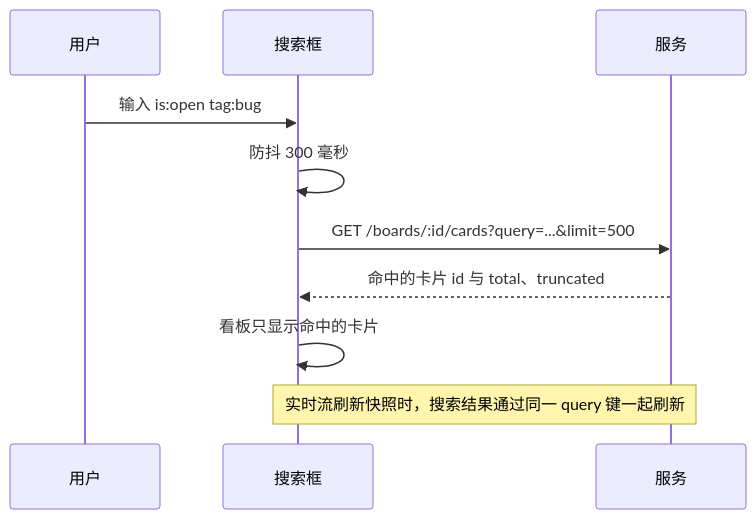
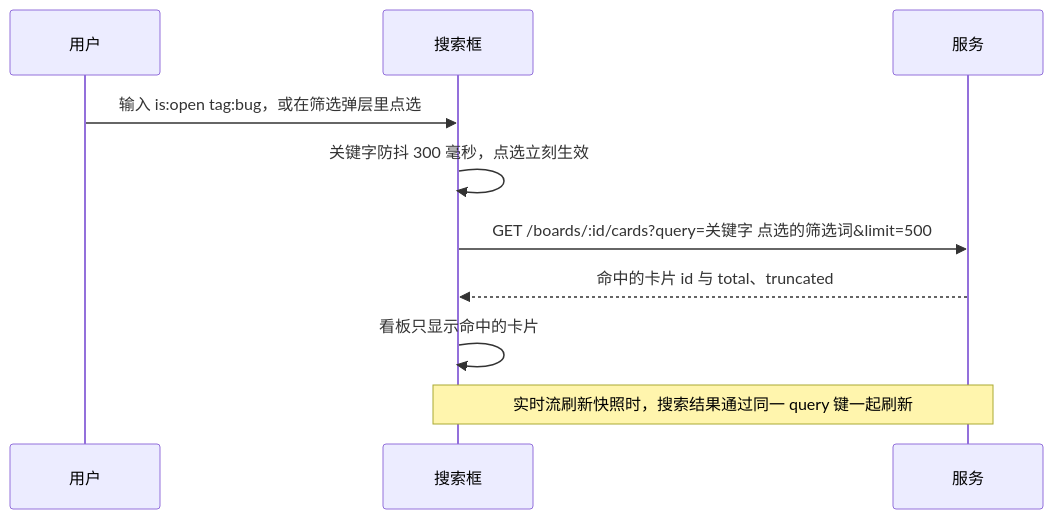
The third of 3 diagrams in .cursor/scopes/web.board.md (ixugo/slate-kanban), drawn with Mermaid before and after one commit. The commit also changed other lines of this file and 1 other file, not shown here.

````diff
--- a/.cursor/scopes/web.board.md
+++ b/.cursor/scopes/web.board.md
@@ -105,12 +108,12 @@
 ```mermaid
 sequenceDiagram
     participant U as 用户
     participant B as 搜索框
     participant S as 服务
-    U->>B: 输入 is:open tag:bug
-    B->>B: 防抖 300 毫秒
-    B->>S: GET /boards/:id/cards?query=...&limit=500
+    U->>B: 输入 is:open tag:bug，或在筛选弹层里点选
+    B->>B: 关键字防抖 300 毫秒，点选立刻生效
+    B->>S: GET /boards/:id/cards?query=关键字 点选的筛选词&limit=500
     S-->>B: 命中的卡片 id 与 total、truncated
     B->>B: 看板只显示命中的卡片
     Note over B,S: 实时流刷新快照时，搜索结果通过同一 query 键一起刷新
 ```
````
